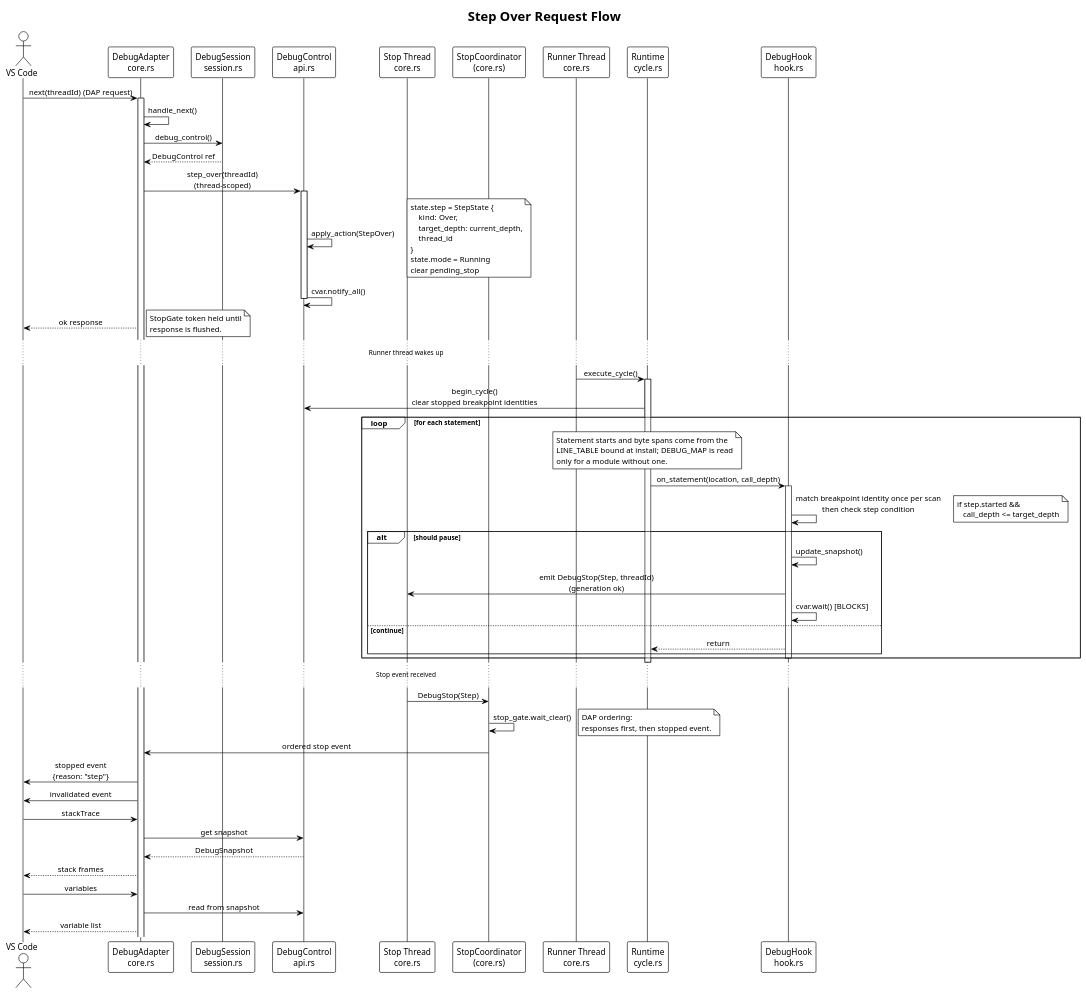
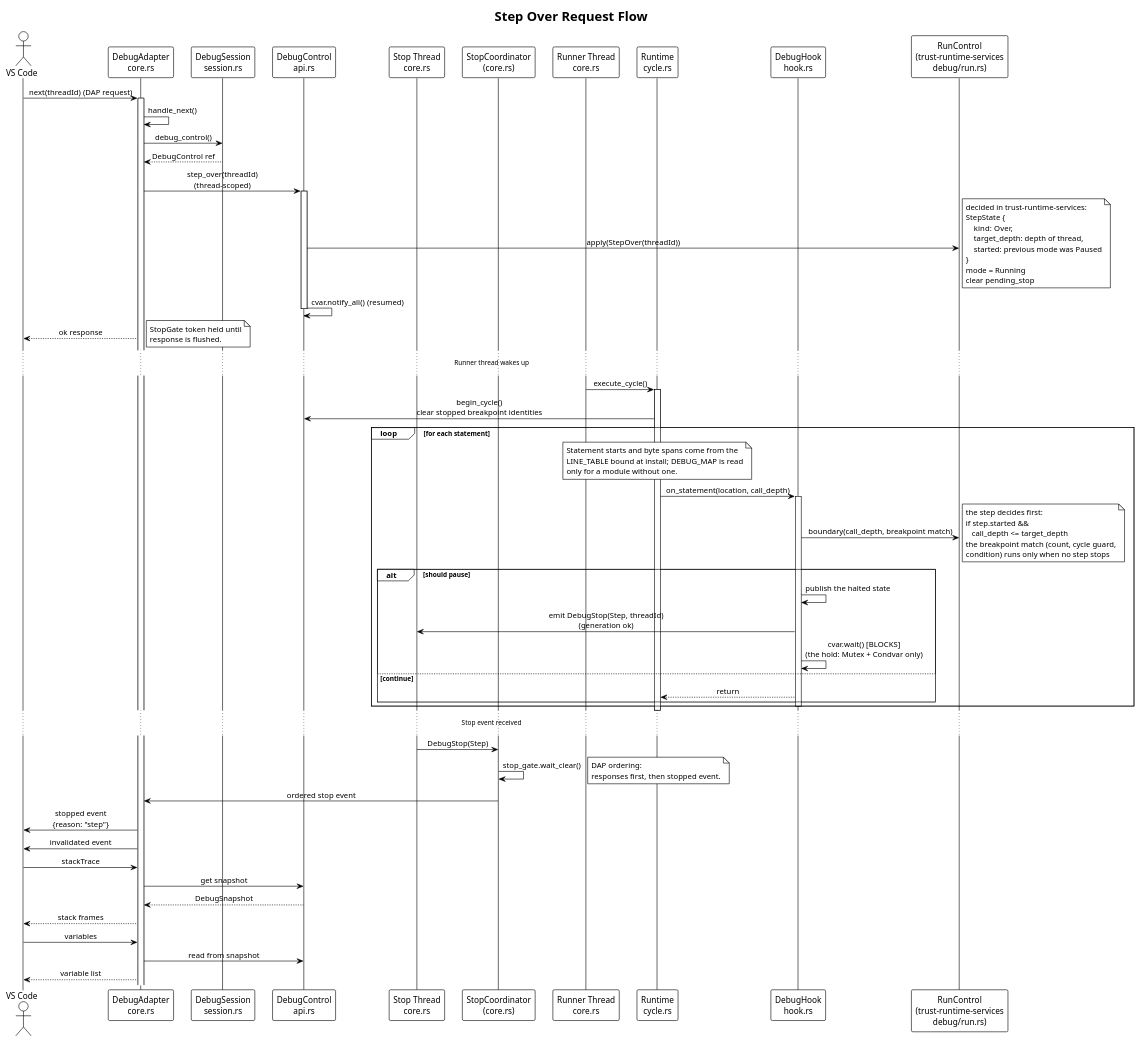
Before and after one commit to johannesPettersson80/trust-platform: the diagram in docs/diagrams/debug/debug-step-sequence.puml, drawn with PlantUML. The commit also changed 16 other files, not shown here.

First line of the commit message:
Share the debugger's run control between computers and chips

```diff
--- a/docs/diagrams/debug/debug-step-sequence.puml
+++ b/docs/diagrams/debug/debug-step-sequence.puml
@@ -1,99 +1,104 @@
 @startuml step-over-sequence
 !theme plain
 skinparam sequenceMessageAlign center
 
 title Step Over Request Flow
 
 actor "VS Code" as vscode
 participant "DebugAdapter\ncore.rs" as adapter
 participant "DebugSession\nsession.rs" as session
 participant "DebugControl\napi.rs" as control
 participant "Stop Thread\ncore.rs" as stopThread
 participant "StopCoordinator\n(core.rs)" as stopCoord
 participant "Runner Thread\ncore.rs" as runner
 participant "Runtime\ncycle.rs" as runtime
 participant "DebugHook\nhook.rs" as hook
+participant "RunControl\n(trust-runtime-services\ndebug/run.rs)" as services
 
 vscode -> adapter : next(threadId) (DAP request)
 activate adapter
 
 adapter -> adapter : handle_next()
 adapter -> session : debug_control()
 session --> adapter : DebugControl ref
 
 adapter -> control : step_over(threadId)\n(thread-scoped)
 activate control
-control -> control : apply_action(StepOver)
+control -> services : apply(StepOver(threadId))
 note right
-    state.step = StepState {
+    decided in trust-runtime-services:
+    StepState {
         kind: Over,
-        target_depth: current_depth,
-        thread_id
+        target_depth: depth of thread,
+        started: previous mode was Paused
     }
-    state.mode = Running
+    mode = Running
     clear pending_stop
 end note
-control -> control : cvar.notify_all()
+control -> control : cvar.notify_all() (resumed)
 deactivate control
 
 adapter --> vscode : ok response
 note right
     StopGate token held until
     response is flushed.
 end note
 
 ... Runner thread wakes up ...
 
 runner -> runtime : execute_cycle()
 activate runtime
 runtime -> control : begin_cycle()\nclear stopped breakpoint identities
 
 loop for each statement
     note over runtime
         Statement starts and byte spans come from the
         LINE_TABLE bound at install; DEBUG_MAP is read
         only for a module without one.
     end note
     runtime -> hook : on_statement(location, call_depth)
     activate hook
 
-    hook -> hook : match breakpoint identity once per scan\nthen check step condition
+    hook -> services : boundary(call_depth, breakpoint match)
     note right
+        the step decides first:
         if step.started &&
            call_depth <= target_depth
+        the breakpoint match (count, cycle guard,
+        condition) runs only when no step stops
     end note
 
     alt should pause
-        hook -> hook : update_snapshot()
+        hook -> hook : publish the halted state
         hook -> stopThread : emit DebugStop(Step, threadId)\n(generation ok)
-        hook -> hook : cvar.wait() [BLOCKS]
+        hook -> hook : cvar.wait() [BLOCKS]\n(the hold: Mutex + Condvar only)
     else continue
         hook --> runtime : return
     end
     deactivate hook
 end
 
 deactivate runtime
 
 ... Stop event received ...
 
 stopThread -> stopCoord : DebugStop(Step)
 stopCoord -> stopCoord : stop_gate.wait_clear()
 note right
     DAP ordering:
     responses first, then stopped event.
 end note
 stopCoord -> adapter : ordered stop event
 adapter -> vscode : stopped event\n{reason: "step"}
 adapter -> vscode : invalidated event
 
 vscode -> adapter : stackTrace
 adapter -> control : get snapshot
 control --> adapter : DebugSnapshot
 adapter --> vscode : stack frames
 
 vscode -> adapter : variables
 adapter -> control : read from snapshot
 adapter --> vscode : variable list
 
 @enduml
```
